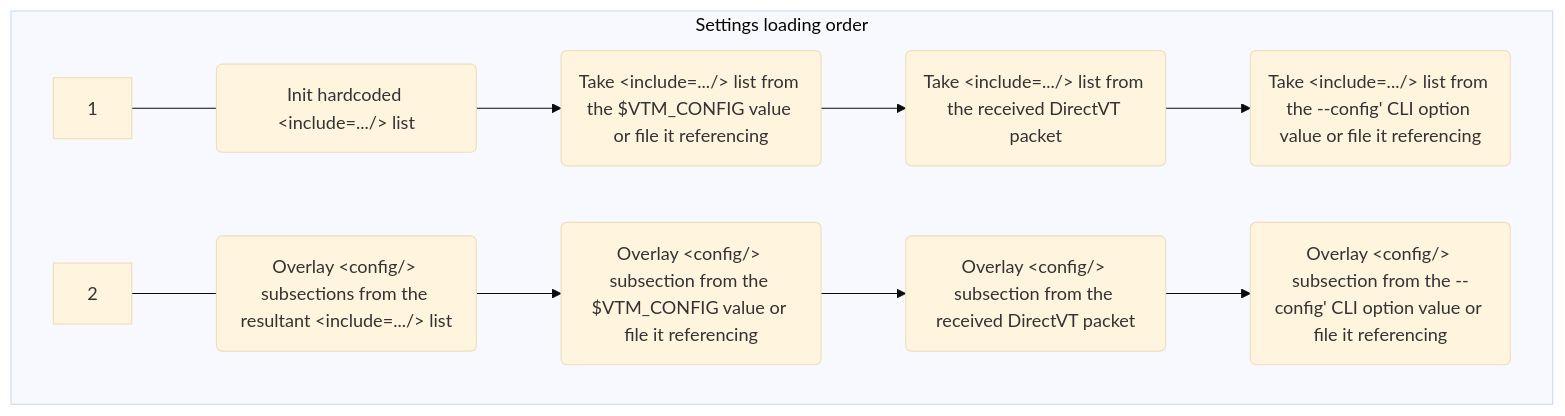
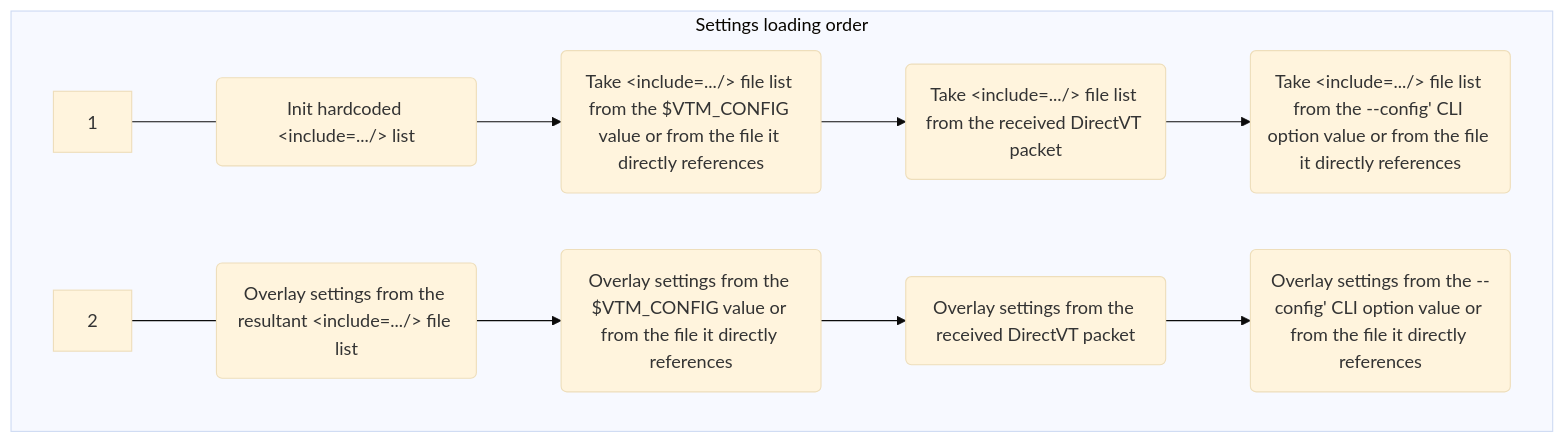
Before and after one commit to directvt/vtm: the diagram in doc/settings.md, drawn with Mermaid (base theme). The commit also changed other lines of this file and 4 other files, not shown here.

````diff
--- a/doc/settings.md
+++ b/doc/settings.md
@@ -3,15 +3,15 @@
 ```mermaid
 graph TB
     subgraph Settings loading order
     direction LR
         A1["1"] --- B1("Init hardcoded &lt;include=.../&gt; list")
-        B1 --> C1("Take &lt;include=.../&gt; list from the $VTM_CONFIG value or file it referencing")
-        C1 --> G1("Take &lt;include=.../&gt; list from the received DirectVT packet")
-        G1 --> H1("Take &lt;include=.../&gt; list from the --config' CLI option value or file it referencing")
+        B1 --> C1("Take &lt;include=.../&gt; file list from the $VTM_CONFIG value or from the file it directly references")
+        C1 --> G1("Take &lt;include=.../&gt; file list from the received DirectVT packet")
+        G1 --> H1("Take &lt;include=.../&gt; file list from the --config' CLI option value or from the file it directly references")
     direction LR
-        A2["2"] --- B2("Overlay &lt;config/&gt; subsections from the resultant &lt;include=.../&gt; list")
-        B2 --> C2("Overlay &lt;config/&gt; subsection from the $VTM_CONFIG value or file it referencing")
-        C2 --> G2("Overlay &lt;config/&gt; subsection from the received DirectVT packet")
-        G2 --> H2("Overlay &lt;config/&gt; subsection from the --config' CLI option value or file it referencing")
+        A2["2"] --- B2("Overlay settings from the resultant &lt;include=.../&gt; file list")
+        B2 --> C2("Overlay settings from the $VTM_CONFIG value or from the file it directly references")
+        C2 --> G2("Overlay settings from the received DirectVT packet")
+        G2 --> H2("Overlay settings from the --config' CLI option value or from the file it directly references")
     end
 ```
````
